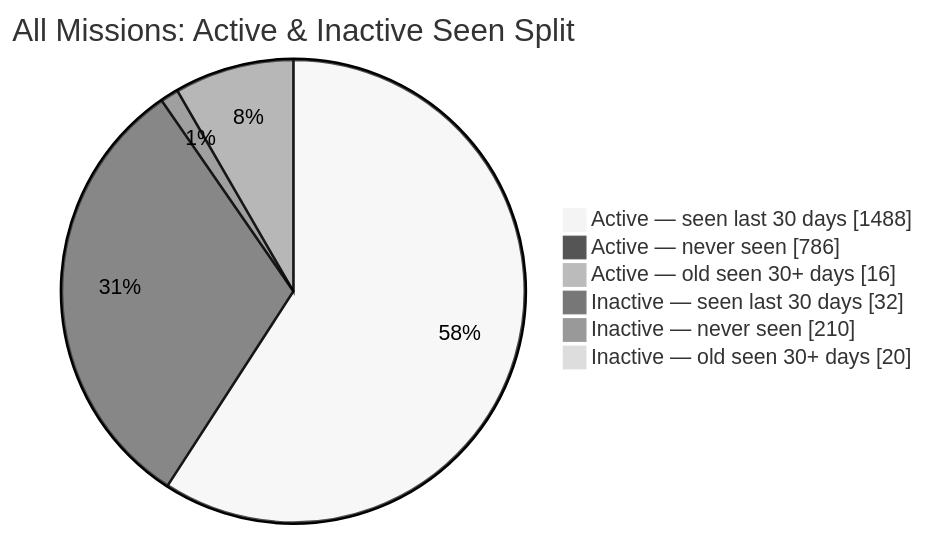
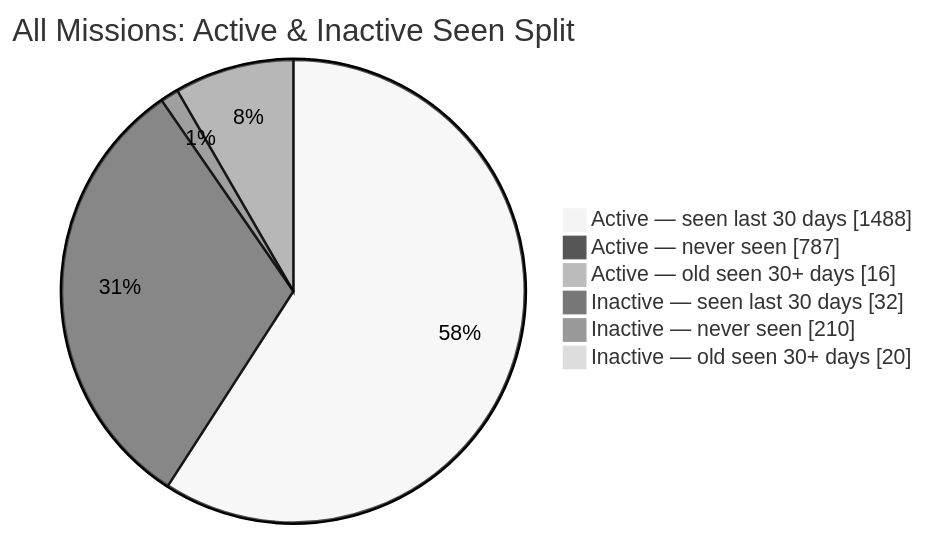
One commit to MeldkamerspelGameTeam/active-missions changed the second of 2 diagrams in README.md. Above: the diagram before and after it, drawn with Mermaid (neutral theme). The commit also changed other lines of this file and 3 other files, not shown here.

````diff
--- a/README.md
+++ b/README.md
@@ -44,10 +44,10 @@
 ```mermaid
 pie showData
     title All Missions: Active & Inactive Seen Split
     "Active — seen last 30 days" : 1488
-    "Active — never seen" : 786
+    "Active — never seen" : 787
     "Active — old seen 30+ days" : 16
     "Inactive — seen last 30 days" : 32
     "Inactive — never seen" : 210
     "Inactive — old seen 30+ days" : 20
 ```
````
